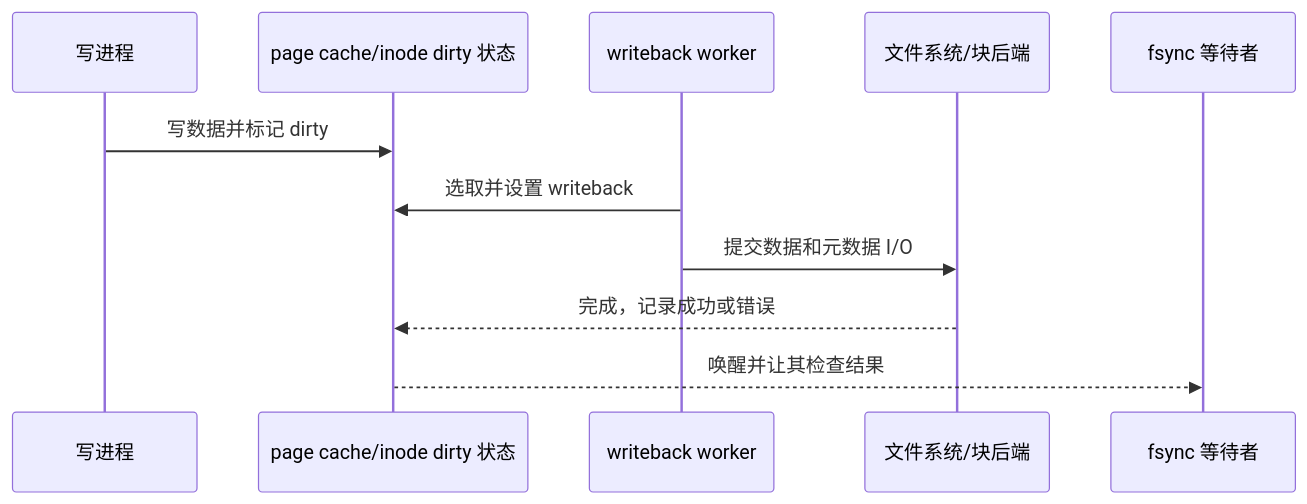
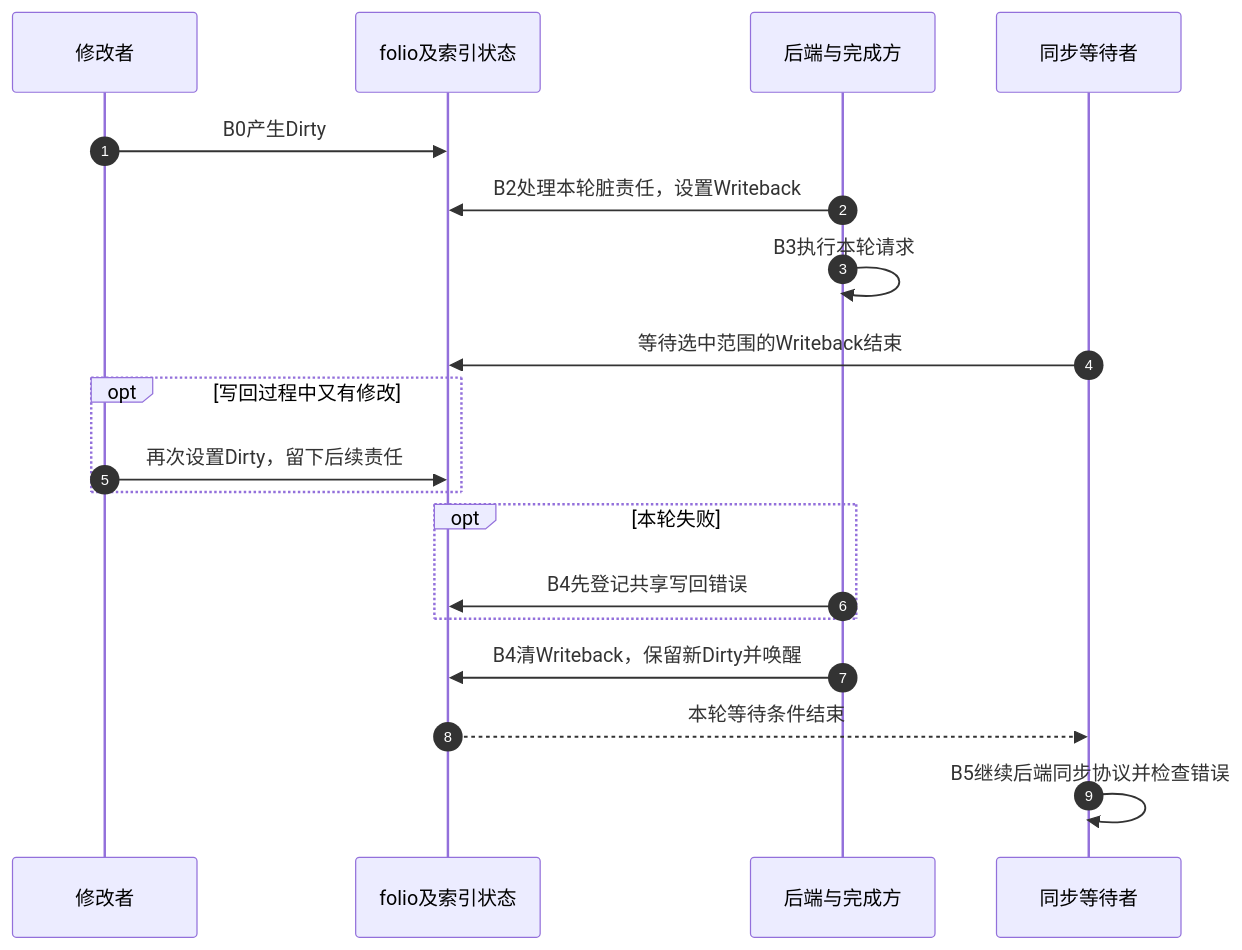
The second of 2 diagrams in knowledge/kernel_subsystems/vfs/P16_writeback_fsync与错误传播.md (FormingSystem/linux_note), drawn with Mermaid before and after one commit. The commit also changed other lines of this file and 23 other files, not shown here.

````diff
--- a/knowledge/kernel_subsystems/vfs/P16_writeback_fsync与错误传播.md
+++ b/knowledge/kernel_subsystems/vfs/P16_writeback_fsync与错误传播.md
@@ -15,13 +58,21 @@
 ```mermaid
 sequenceDiagram
-    participant W as 写进程
-    participant C as page cache/inode dirty 状态
-    participant WB as writeback worker
-    participant FS as 文件系统/块后端
-    participant S as fsync 等待者
-    W->>C: 写数据并标记 dirty
-    WB->>C: 选取并设置 writeback
-    WB->>FS: 提交数据和元数据 I/O
-    FS-->>C: 完成，记录成功或错误
-    C-->>S: 唤醒并让其检查结果
+    autonumber
+    participant W as 修改者
+    participant F as folio及索引状态
+    participant B as 后端与完成方
+    participant S as 同步等待者
+    W->>F: B0产生Dirty
+    B->>F: B2处理本轮脏责任，设置Writeback
+    B->>B: B3执行本轮请求
+    S->>F: 等待选中范围的Writeback结束
+    opt 写回过程中又有修改
+        W->>F: 再次设置Dirty，留下后续责任
+    end
+    opt 本轮失败
+        B->>F: B4先登记共享写回错误
+    end
+    B->>F: B4清Writeback，保留新Dirty并唤醒
+    F-->>S: 本轮等待条件结束
+    S->>S: B5继续后端同步协议并检查错误
 ```
````
